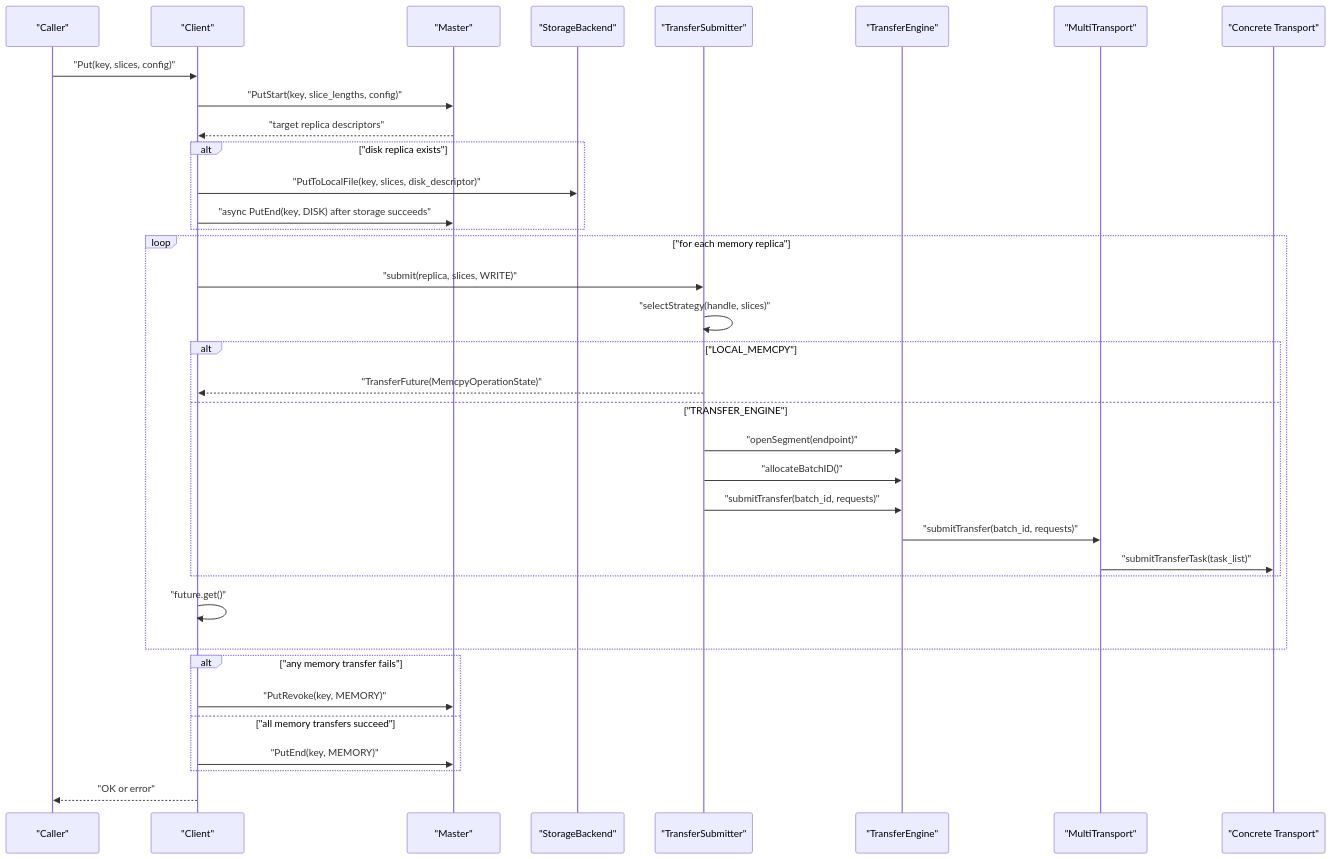
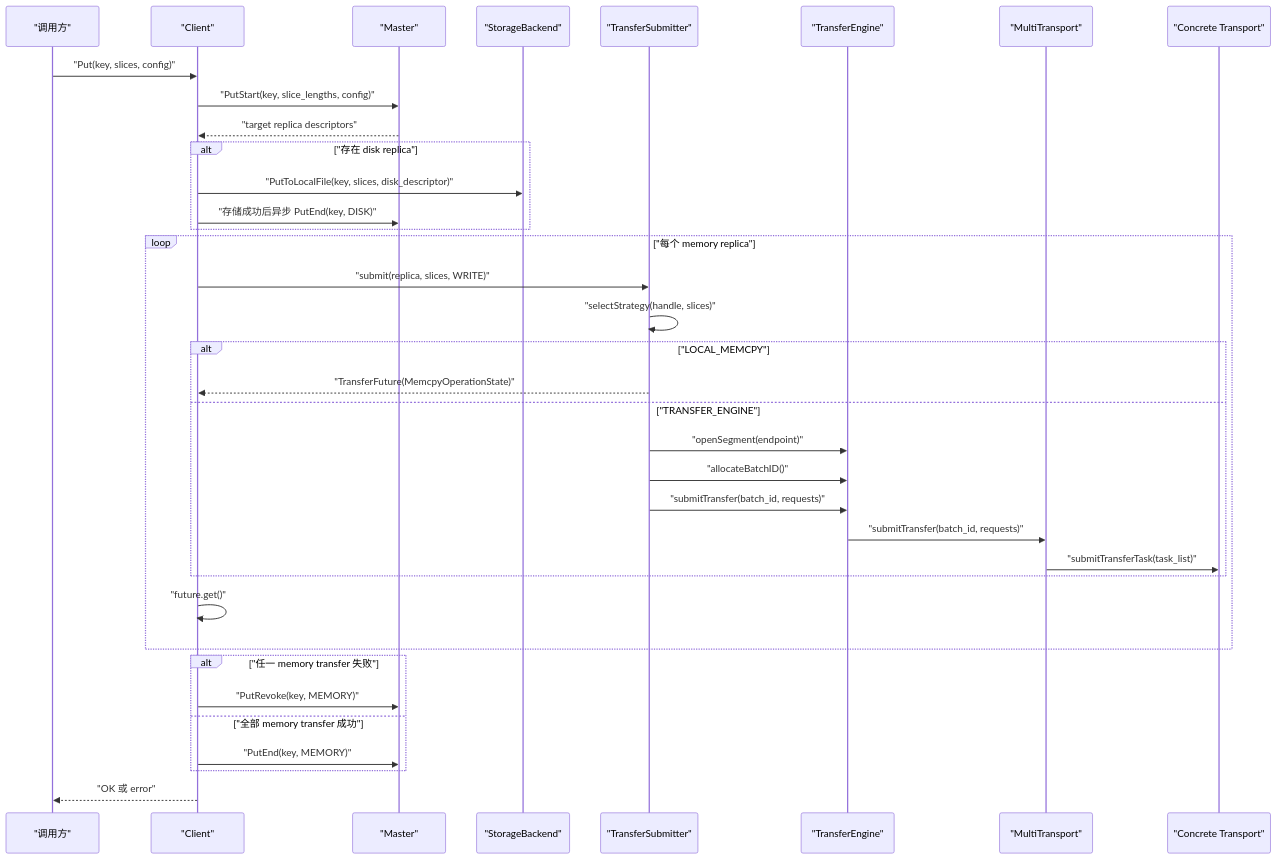
Before and after one commit to bigboywwn/AI_coding: the third of 4 diagrams in docs/mooncake-transfer-paths.md, drawn with Mermaid. The commit also changed other lines of this file and 3 other files, not shown here.

````diff
--- a/docs/mooncake-transfer-paths.md
+++ b/docs/mooncake-transfer-paths.md
@@ -141,39 +141,39 @@
 ```mermaid
 sequenceDiagram
-  participant U as "Caller"
+  participant U as "调用方"
   participant C as "Client"
   participant M as "Master"
   participant SB as "StorageBackend"
   participant TS as "TransferSubmitter"
   participant TE as "TransferEngine"
   participant MT as "MultiTransport"
   participant T as "Concrete Transport"
 
   U->>C: "Put(key, slices, config)"
   C->>M: "PutStart(key, slice_lengths, config)"
   M-->>C: "target replica descriptors"
-  alt "disk replica exists"
+  alt "存在 disk replica"
     C->>SB: "PutToLocalFile(key, slices, disk_descriptor)"
-    C->>M: "async PutEnd(key, DISK) after storage succeeds"
+    C->>M: "存储成功后异步 PutEnd(key, DISK)"
   end
-  loop "for each memory replica"
+  loop "每个 memory replica"
     C->>TS: "submit(replica, slices, WRITE)"
     TS->>TS: "selectStrategy(handle, slices)"
     alt "LOCAL_MEMCPY"
       TS-->>C: "TransferFuture(MemcpyOperationState)"
     else "TRANSFER_ENGINE"
       TS->>TE: "openSegment(endpoint)"
       TS->>TE: "allocateBatchID()"
       TS->>TE: "submitTransfer(batch_id, requests)"
       TE->>MT: "submitTransfer(batch_id, requests)"
       MT->>T: "submitTransferTask(task_list)"
     end
     C->>C: "future.get()"
   end
-  alt "any memory transfer fails"
+  alt "任一 memory transfer 失败"
     C->>M: "PutRevoke(key, MEMORY)"
-  else "all memory transfers succeed"
+  else "全部 memory transfer 成功"
     C->>M: "PutEnd(key, MEMORY)"
   end
-  C-->>U: "OK or error"
+  C-->>U: "OK 或 error"
 ```
````
